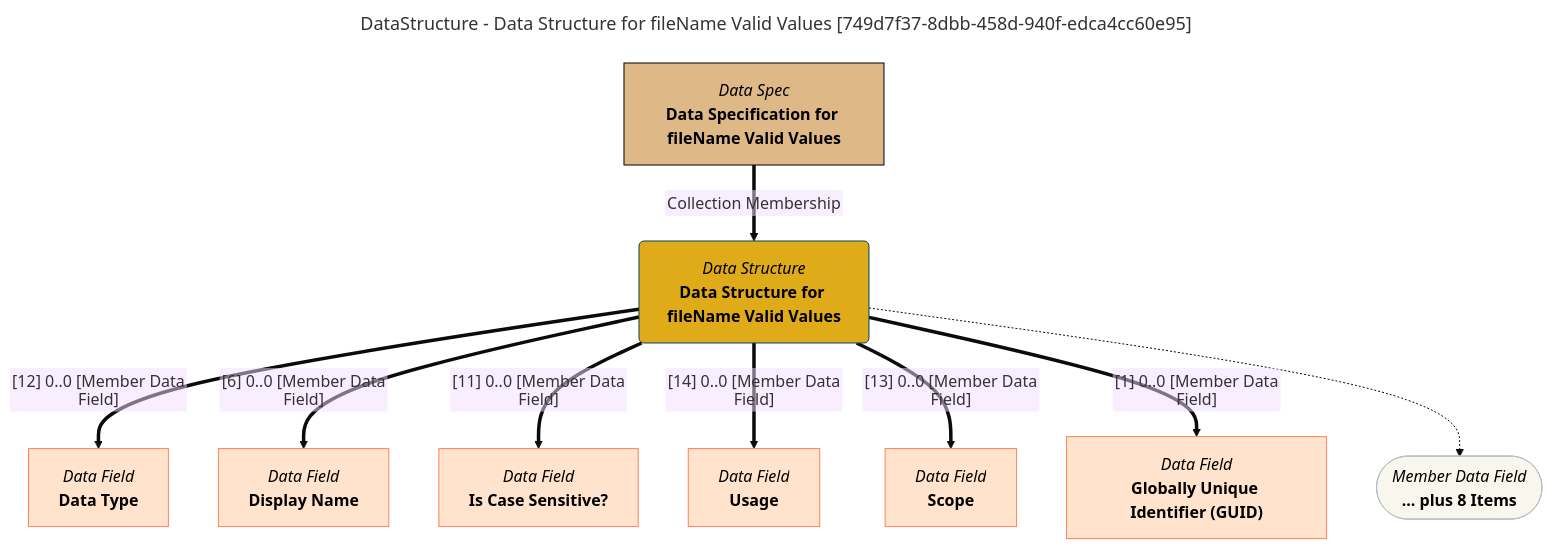
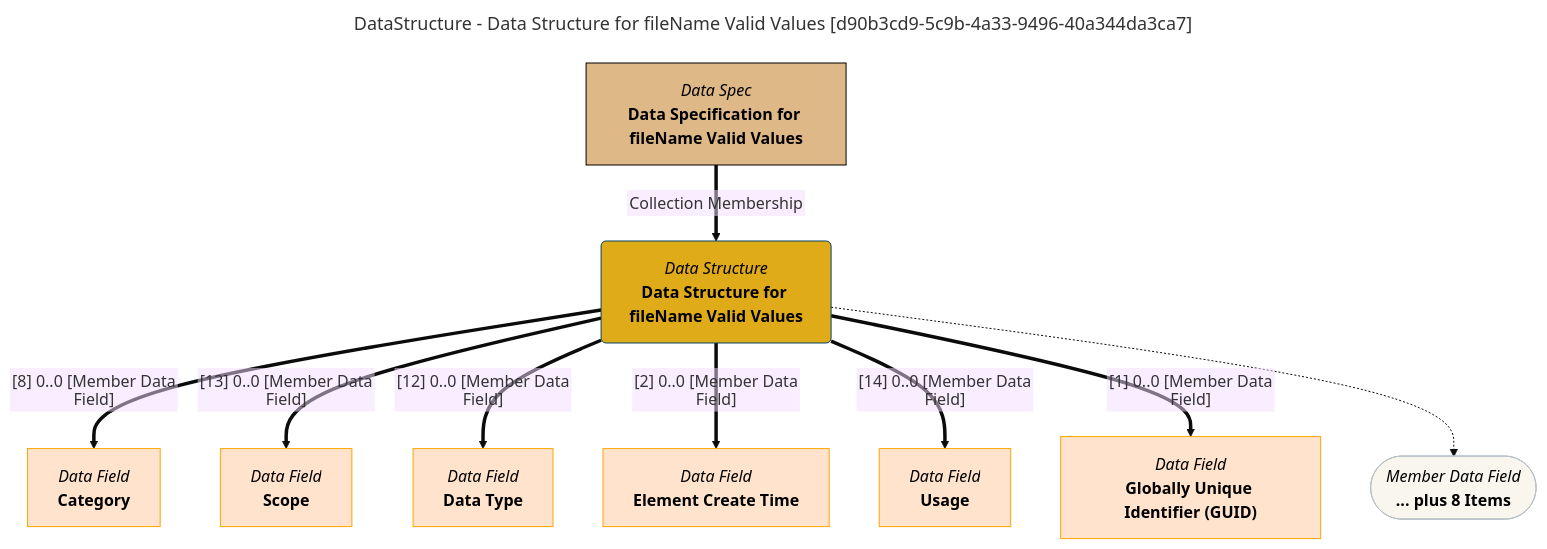
The diagram in site/snippets/data-structures/data-structure-for-filename-valid-values-mermaid-graph.md (odpi/egeria-docs), drawn with Mermaid (base theme) before and after one commit. The commit also changed 2201 other files, not shown here.

````diff
--- a/site/snippets/data-structures/data-structure-for-filename-valid-values-mermaid-graph.md
+++ b/site/snippets/data-structures/data-structure-for-filename-valid-values-mermaid-graph.md
@@ -1,43 +1,43 @@
 ```mermaid
 ---
-title: DataStructure - Data Structure for fileName Valid Values [749d7f37-8dbb-458d-940f-edca4cc60e95]
+title: DataStructure - Data Structure for fileName Valid Values [d90b3cd9-5c9b-4a33-9496-40a344da3ca7]
 ---
 flowchart TD
 %%{init: {"flowchart": {"htmlLabels": false}} }%%
 
 1@{ shape: rounded, label: "*Data Structure*
 **Data Structure for fileName Valid Values**"}
 2@{ shape: rect, label: "*Data Spec*
 **Data Specification for fileName Valid Values**"}
 2==>|"Collection Membership"|1
 3@{ shape: rect, label: "*Data Field*
+**Category**"}
+1==>|"[8] 0..0 [Member Data Field]"|3
+4@{ shape: rect, label: "*Data Field*
+**Scope**"}
+1==>|"[13] 0..0 [Member Data Field]"|4
+5@{ shape: rect, label: "*Data Field*
 **Data Type**"}
-1==>|"[12] 0..0 [Member Data Field]"|3
-4@{ shape: rect, label: "*Data Field*
-**Display Name**"}
-1==>|"[6] 0..0 [Member Data Field]"|4
-5@{ shape: rect, label: "*Data Field*
-**Is Case Sensitive?**"}
-1==>|"[11] 0..0 [Member Data Field]"|5
+1==>|"[12] 0..0 [Member Data Field]"|5
 6@{ shape: rect, label: "*Data Field*
+**Element Create Time**"}
+1==>|"[2] 0..0 [Member Data Field]"|6
+7@{ shape: rect, label: "*Data Field*
 **Usage**"}
-1==>|"[14] 0..0 [Member Data Field]"|6
-7@{ shape: rect, label: "*Data Field*
-**Scope**"}
-1==>|"[13] 0..0 [Member Data Field]"|7
+1==>|"[14] 0..0 [Member Data Field]"|7
 8@{ shape: rect, label: "*Data Field*
 **Globally Unique Identifier (GUID)**"}
 1==>|"[1] 0..0 [Member Data Field]"|8
 9@{ shape: stadium, label: "*Member Data Field*
 **... plus 8 Items**"}
 1-.->9
 style 1 color:#000000, fill:#e0ab18, stroke:#004563
-style 2 color:#000000, fill:#deb887, stroke:#000000
-style 3 color:#000000, fill:#ffe3cc, stroke:#f9845b
-style 4 color:#000000, fill:#ffe3cc, stroke:#f9845b
-style 5 color:#000000, fill:#ffe3cc, stroke:#f9845b
-style 6 color:#000000, fill:#ffe3cc, stroke:#f9845b
-style 7 color:#000000, fill:#ffe3cc, stroke:#f9845b
-style 8 color:#000000, fill:#ffe3cc, stroke:#f9845b
+style 2 color:#000000, fill:#DEB887, stroke:#000000
+style 3 color:#000000, fill:#ffe3cc, stroke:#FFA500
+style 4 color:#000000, fill:#ffe3cc, stroke:#FFA500
+style 5 color:#000000, fill:#ffe3cc, stroke:#FFA500
+style 6 color:#000000, fill:#ffe3cc, stroke:#FFA500
+style 7 color:#000000, fill:#ffe3cc, stroke:#FFA500
+style 8 color:#000000, fill:#ffe3cc, stroke:#FFA500
 style 9 color:#000000, fill:#F9F7ED, stroke:#b7c0c7
 ```
````
